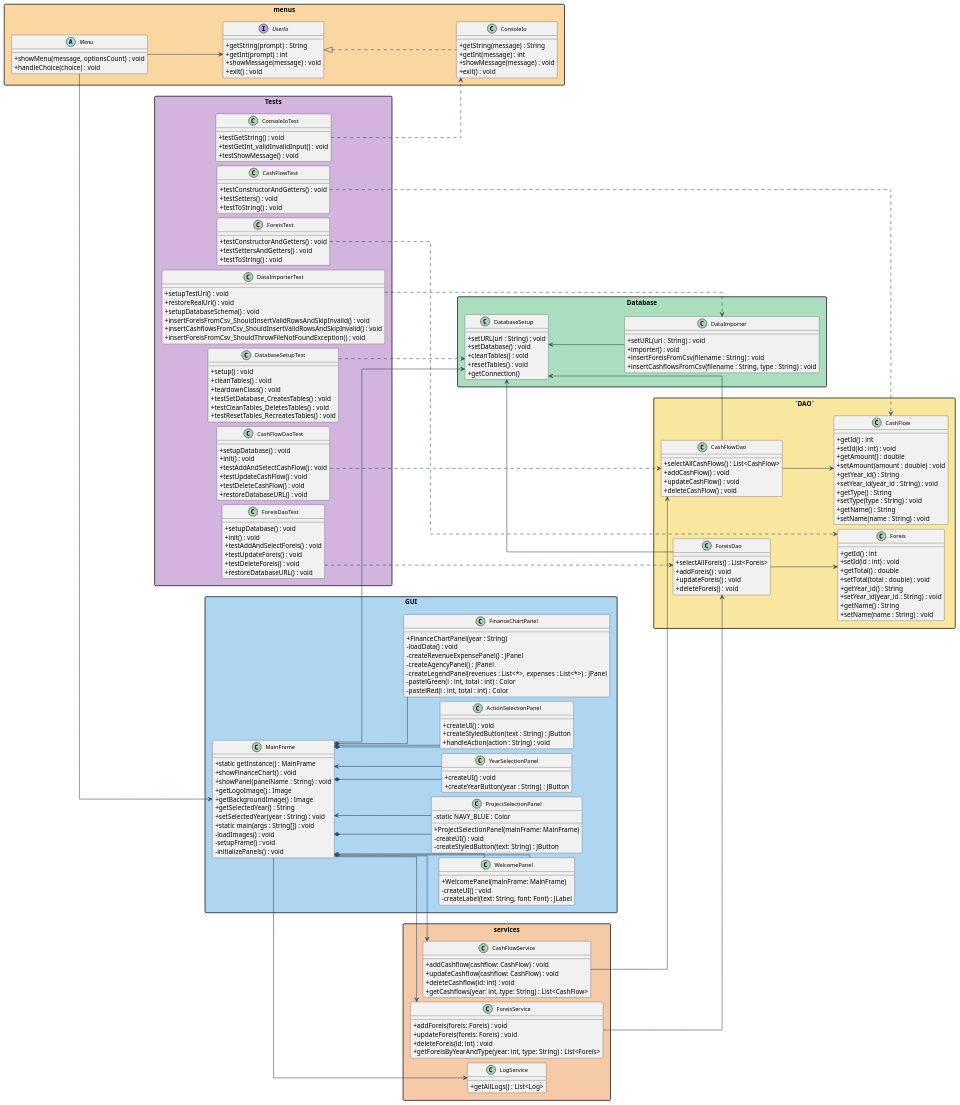
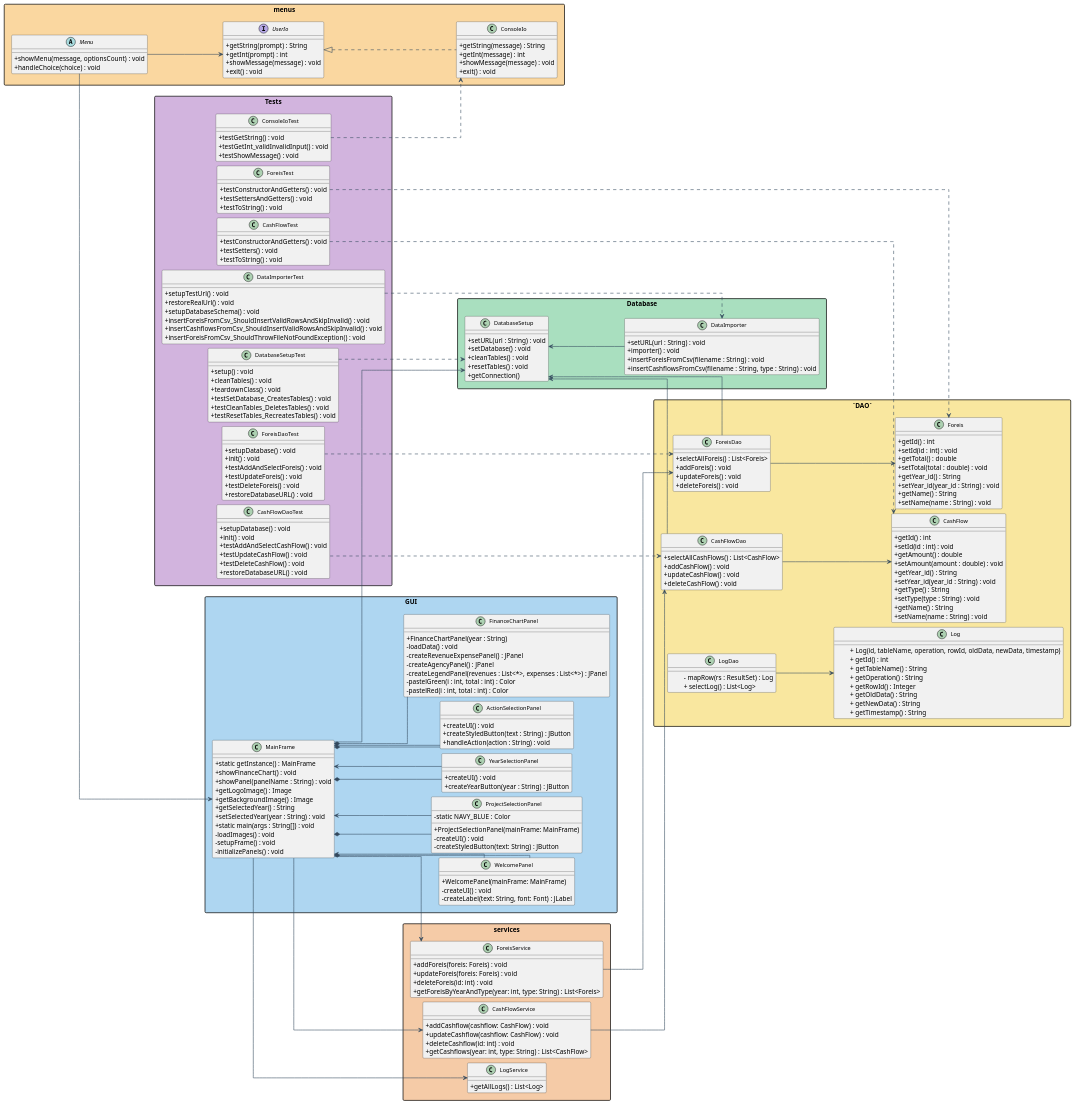
One commit to FilothodorosChristos/404_NOT_FOUND changed the diagram in project_diagram.puml. Above: the diagram before and after it, drawn with PlantUML. The commit also changed 1 other file, not shown here.

Commit message:
change uml diagrams

```diff
--- a/project_diagram.puml
+++ b/project_diagram.puml
@@ -10,7 +10,7 @@
 skinparam tightVSpacing true
 skinparam linetype ortho
 
-' Αλλαγή κατεύθυνσης σε οριζόντια (left to right)
+
 left to right direction
 skinparam nodesep 10
 skinparam ranksep 15
@@ -98,7 +98,7 @@
         - pastelRed(i : int, total : int) : Color
     }
 
-    ' GUI Relations
+    
     WelcomePanel --> MainFrame
     ProjectSelectionPanel --> MainFrame
     MainFrame *-- WelcomePanel
@@ -146,6 +146,22 @@
         + setName(name : String) : void
     }
 
+    class Log {
+        + Log(id, tableName, operation, rowId, oldData, newData, timestamp)
+        + getId() : int
+        + getTableName() : String
+        + getOperation() : String
+        + getRowId() : Integer
+        + getOldData() : String
+        + getNewData() : String
+        + getTimestamp() : String
+    }
+    
+    class LogDao {
+        - mapRow(rs : ResultSet) : Log
+        + selectLog() : List<Log>
+    }
+
     class CashFlowDao {
         + selectAllCashFlows() : List<CashFlow>
         + addCashFlow() : void
@@ -170,7 +186,7 @@
         + updateForeis() : void
         + deleteForeis() : void
     }
-    
+    LogDao --> Log
     CashFlowDao --> CashFlow
     ForeisDao --> Foreis
 }
@@ -190,7 +206,8 @@
         + insertForeisFromCsv(filename : String) : void
         + insertCashflowsFromCsv(filename : String, type : String) : void
     }
-
+    
+  
     DatabaseSetup <-- CashFlowDao
     DatabaseSetup <-- ForeisDao
     DatabaseSetup <-- DataImporter
```
